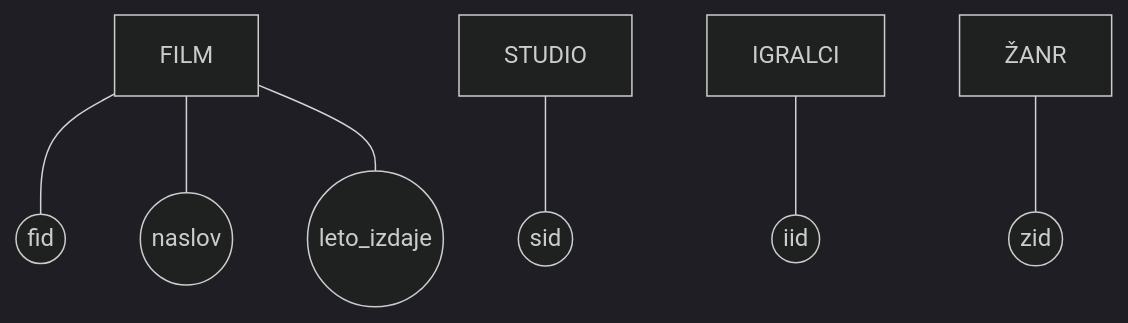
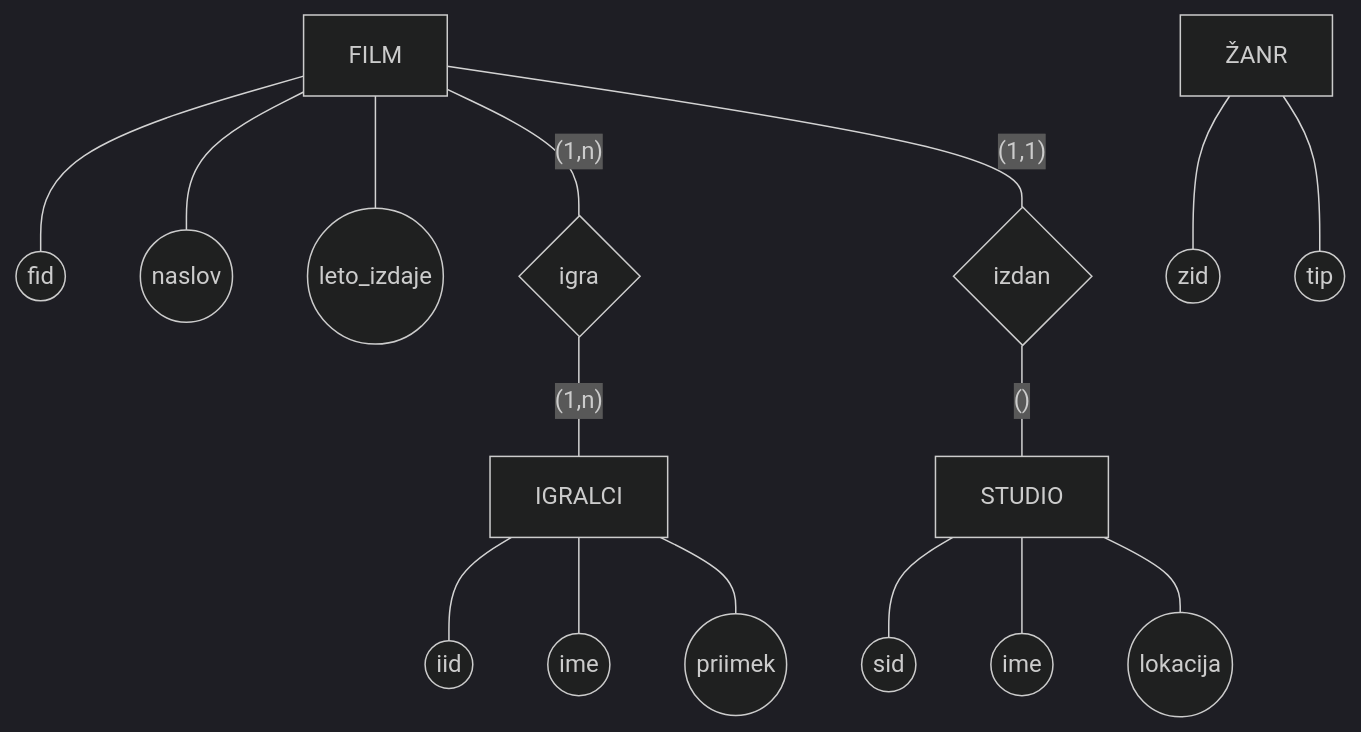
The diagram in 2. Letnik/Osnove podatkovnih baz/vaje 19-1-2022.md (Tiggax/Zapiski), drawn with Mermaid (dark theme) before and after one commit.

Commit message:
flyingarchie backup: 2022-01-19 11:01:59

````diff
--- a/2. Letnik/Osnove podatkovnih baz/vaje 19-1-2022.md
+++ b/2. Letnik/Osnove podatkovnih baz/vaje 19-1-2022.md
@@ -2,16 +2,25 @@
 ```mermaid
 flowchart TD
 A[FILM]
 B[STUDIO]
 C[IGRALCI]
 D[ŽANR]
 
 A---A1((fid))
 A---A2((naslov))
 A---A3((leto_izdaje))
 
 B---B1((sid))
+B---B2((ime))
+B---B3((lokacija))
+
 C---C1((iid))
+C---C2((ime))
+C---C3((priimek))
+
 D---D1((zid))
+D---D2((tip))
 
+A-- "(1,n)" ---E{igra}-- "(1,n)" ---C
+A-- "(1,1)" ---F{izdan}-- "()" ---B
 ```
````
